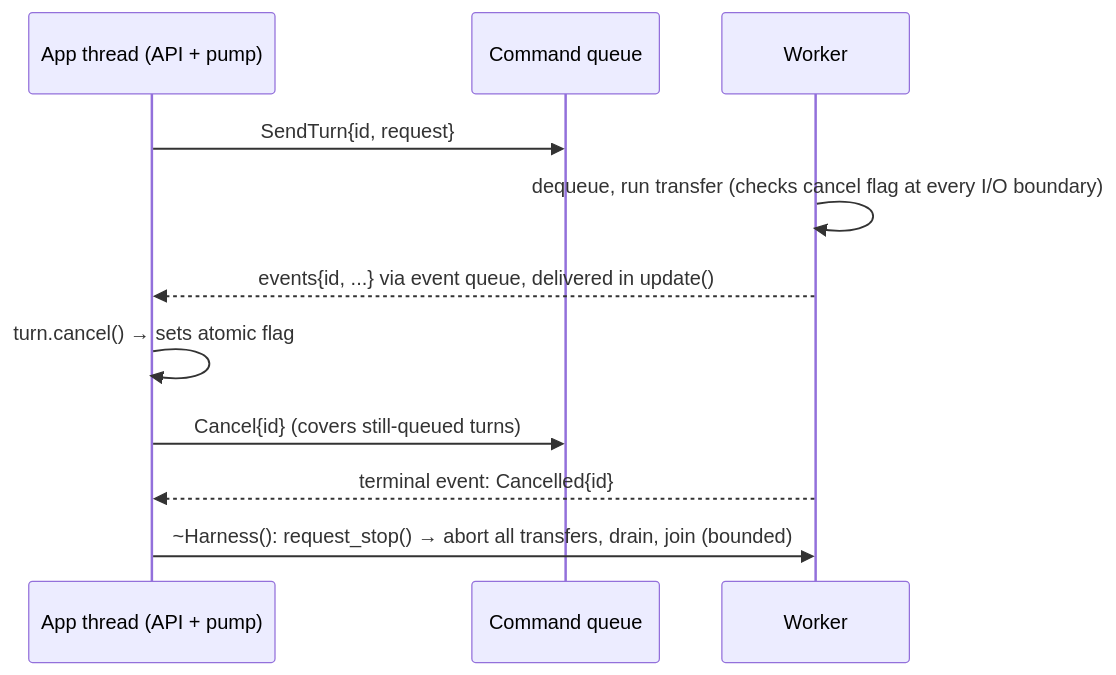
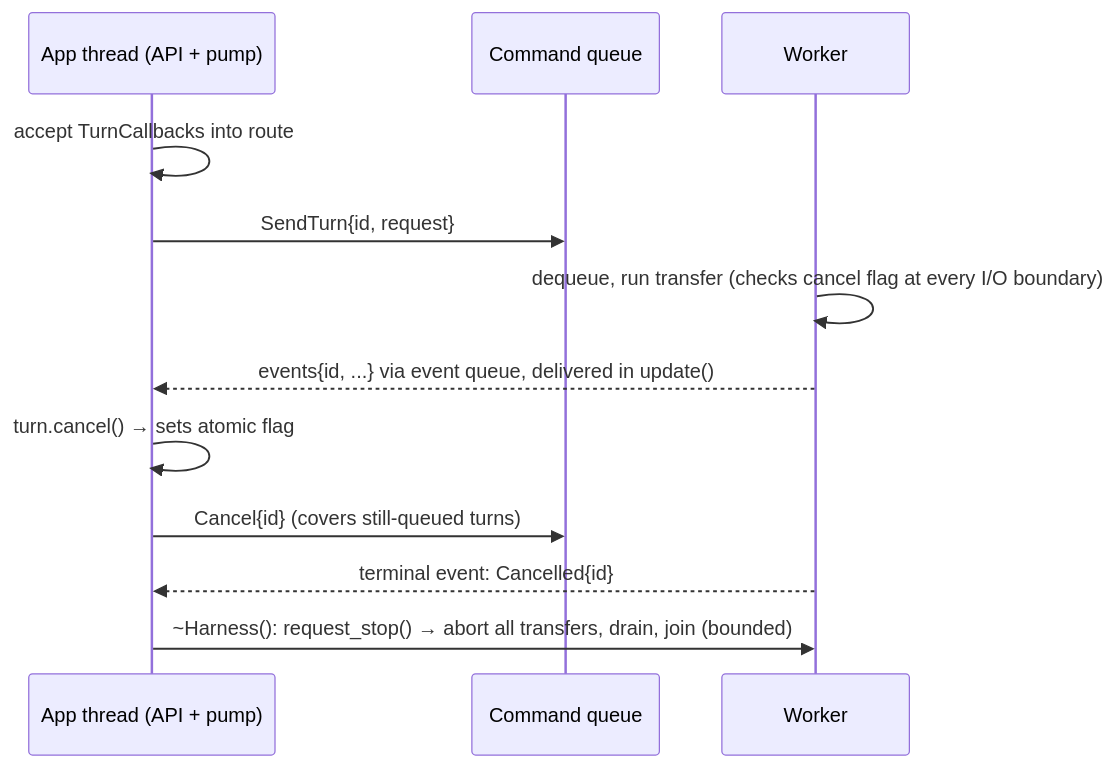
One commit to crybo-rybo/scry changed the first of 2 diagrams in ARCHITECTURE.md. Above: the diagram before and after it, drawn with Mermaid. The commit also changed other lines of this file and 15 other files, not shown here.

````diff
--- a/ARCHITECTURE.md
+++ b/ARCHITECTURE.md
@@ -85,13 +86,14 @@
 ```mermaid
 sequenceDiagram
     participant App as App thread (API + pump)
     participant CQ as Command queue
     participant W as Worker
+    App->>App: accept TurnCallbacks into route
     App->>CQ: SendTurn{id, request}
     W->>W: dequeue, run transfer (checks cancel flag at every I/O boundary)
     W-->>App: events{id, ...} via event queue, delivered in update()
     App->>App: turn.cancel() → sets atomic flag
     App->>CQ: Cancel{id} (covers still-queued turns)
     W-->>App: terminal event: Cancelled{id}
     App->>W: ~Harness(): request_stop() → abort all transfers, drain, join (bounded)
 ```
````
